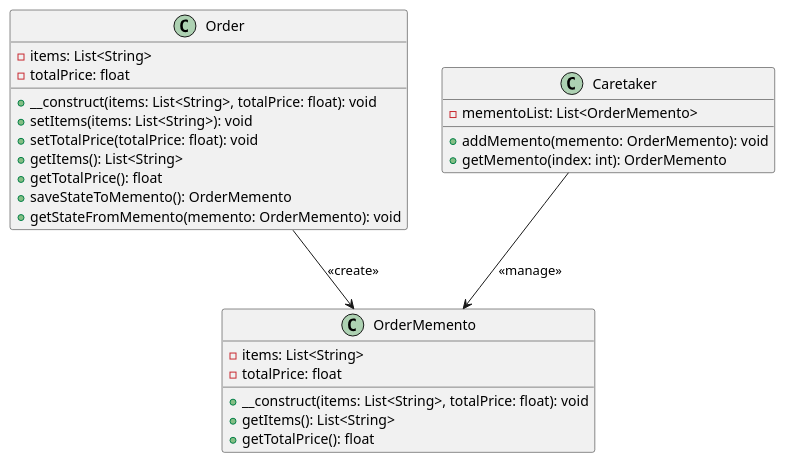
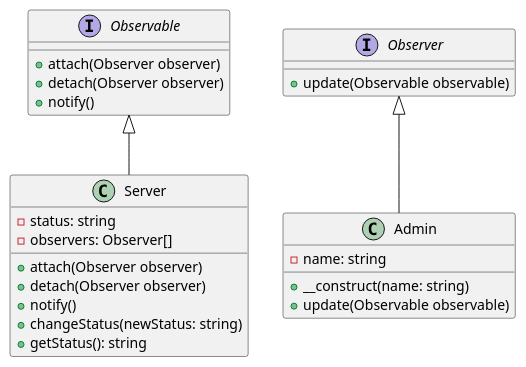
Before and after one commit to andrewovchinnikov/design-patterns: the diagram in klassifikaciya-patternov/povedencheskie-patterny-behavioral-patterns/nablyudatel-observer/primery/monitoring-sostoyaniya-serverov/php.md, drawn with PlantUML. The commit also changed other lines of this file and 60 other files, not shown here.

````diff
--- a/klassifikaciya-patternov/povedencheskie-patterny-behavioral-patterns/nablyudatel-observer/primery/monitoring-sostoyaniya-serverov/php.md
+++ b/klassifikaciya-patternov/povedencheskie-patterny-behavioral-patterns/nablyudatel-observer/primery/monitoring-sostoyaniya-serverov/php.md
@@ -132,34 +118,34 @@
 ```plantuml
 @startuml
 
-class Order {
-    -items: List<String>
-    -totalPrice: float
-    +__construct(items: List<String>, totalPrice: float): void
-    +setItems(items: List<String>): void
-    +setTotalPrice(totalPrice: float): void
-    +getItems(): List<String>
-    +getTotalPrice(): float
-    +saveStateToMemento(): OrderMemento
-    +getStateFromMemento(memento: OrderMemento): void
+interface Observable {
+    +attach(Observer observer)
+    +detach(Observer observer)
+    +notify()
 }
 
-class OrderMemento {
-    -items: List<String>
-    -totalPrice: float
-    +__construct(items: List<String>, totalPrice: float): void
-    +getItems(): List<String>
-    +getTotalPrice(): float
+interface Observer {
+    +update(Observable observable)
 }
 
-class Caretaker {
-    -mementoList: List<OrderMemento>
-    +addMemento(memento: OrderMemento): void
-    +getMemento(index: int): OrderMemento
+class Server {
+    -status: string
+    -observers: Observer[]
+    +attach(Observer observer)
+    +detach(Observer observer)
+    +notify()
+    +changeStatus(newStatus: string)
+    +getStatus(): string
 }
 
-Order --> OrderMemento: <<create>>
-Caretaker --> OrderMemento: <<manage>>
+class Admin {
+    -name: string
+    +__construct(name: string)
+    +update(Observable observable)
+}
+
+Observable <|-- Server
+Observer <|-- Admin
 
 @enduml
 ```
````
